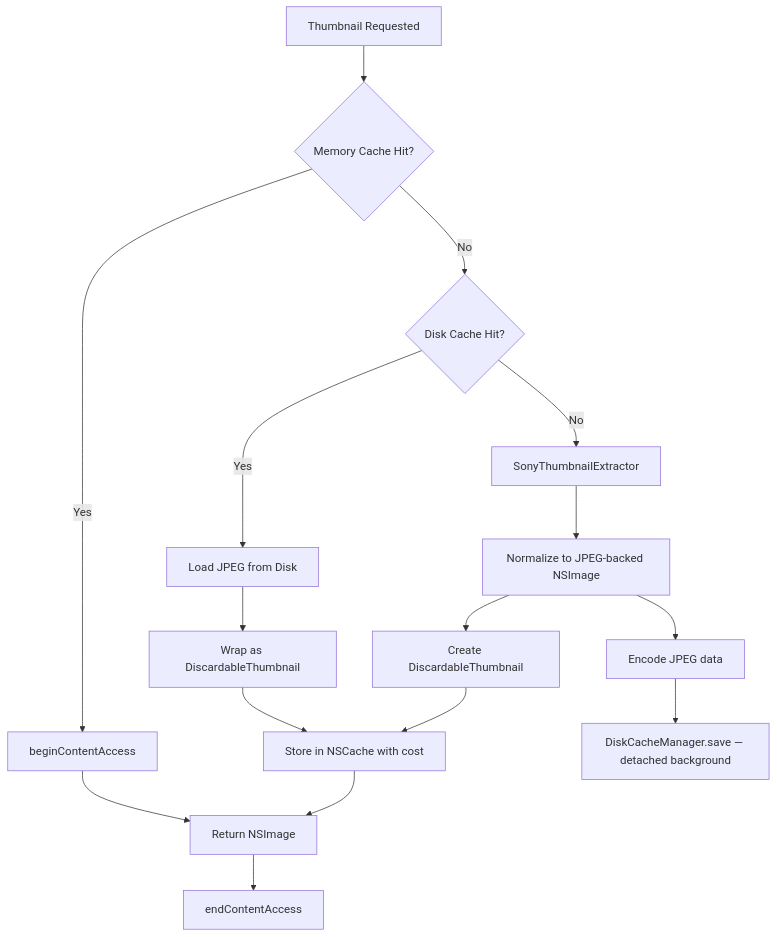
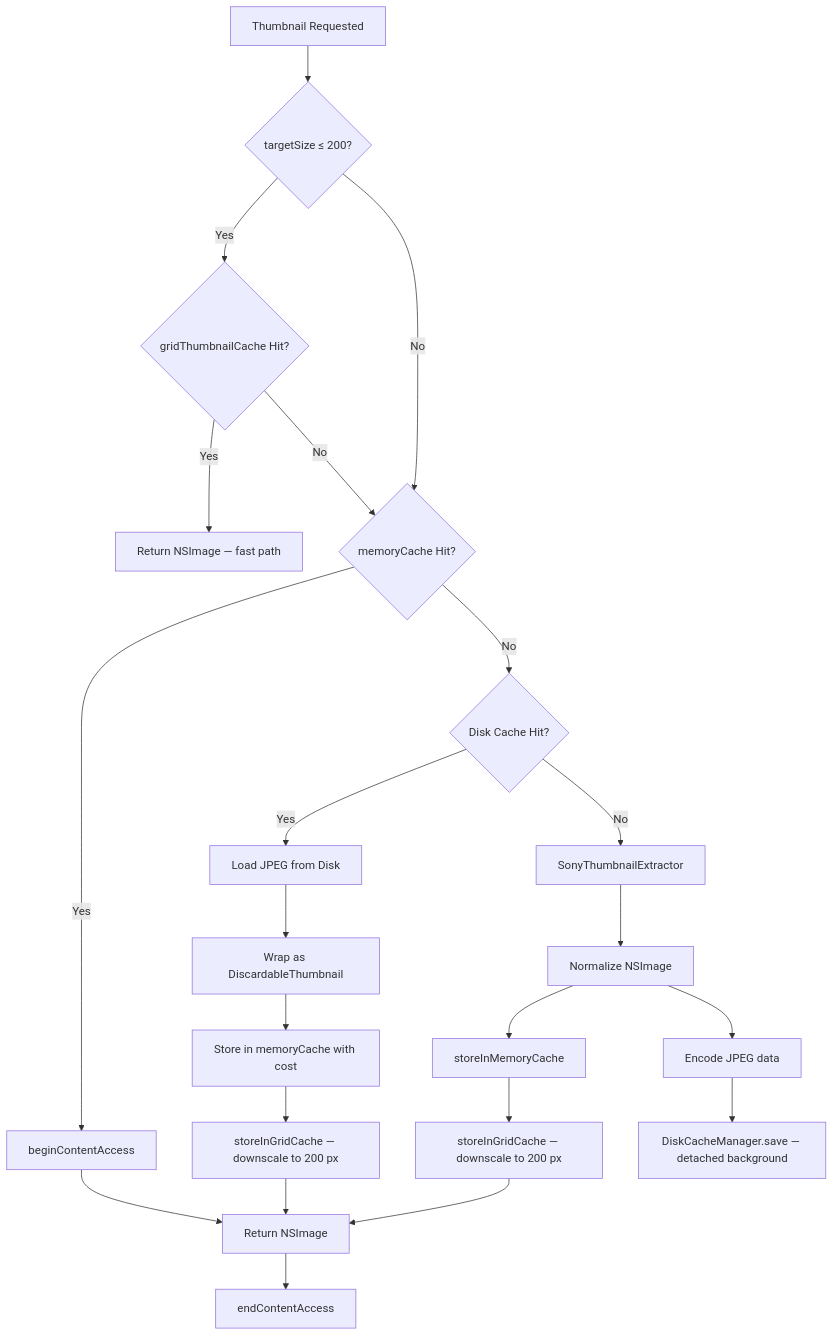
One commit to rsyncOSX/TechDocRawcull changed the first of 2 diagrams in content/en/docs/cache.md. Above: the diagram before and after it, drawn with Mermaid. The commit also changed other lines of this file and 44 other files, not shown here.

````diff
--- a/content/en/docs/cache.md
+++ b/content/en/docs/cache.md
@@ -370,18 +432,25 @@
 ```mermaid
 flowchart TD
-    A[Thumbnail Requested] --> B{Memory Cache Hit?}
+    A[Thumbnail Requested] --> Z{targetSize ≤ 200?}
+    Z -- Yes --> ZA{gridThumbnailCache Hit?}
+    ZA -- Yes --> ZB[Return NSImage — fast path]
+    ZA -- No --> B
+    Z -- No --> B
+    B{memoryCache Hit?}
     B -- Yes --> C[beginContentAccess]
     C --> D[Return NSImage]
     D --> E[endContentAccess]
     B -- No --> F{Disk Cache Hit?}
     F -- Yes --> G[Load JPEG from Disk]
     G --> H[Wrap as DiscardableThumbnail]
-    H --> I[Store in NSCache with cost]
-    I --> D
+    H --> I[Store in memoryCache with cost]
+    I --> I2[storeInGridCache — downscale to 200 px]
+    I2 --> D
     F -- No --> J[SonyThumbnailExtractor]
-    J --> K[Normalize to JPEG-backed NSImage]
-    K --> L[Create DiscardableThumbnail]
-    L --> I
+    J --> K[Normalize NSImage]
+    K --> L[storeInMemoryCache]
+    L --> L2[storeInGridCache — downscale to 200 px]
+    L2 --> D
     K --> M[Encode JPEG data]
     M --> N[DiskCacheManager.save — detached background]
 ```
````
